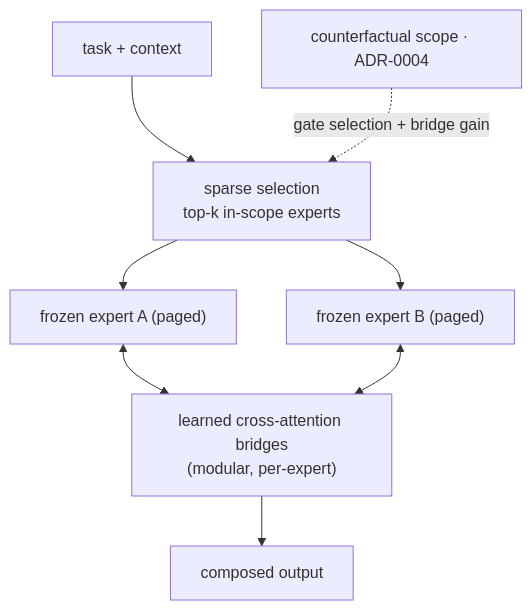
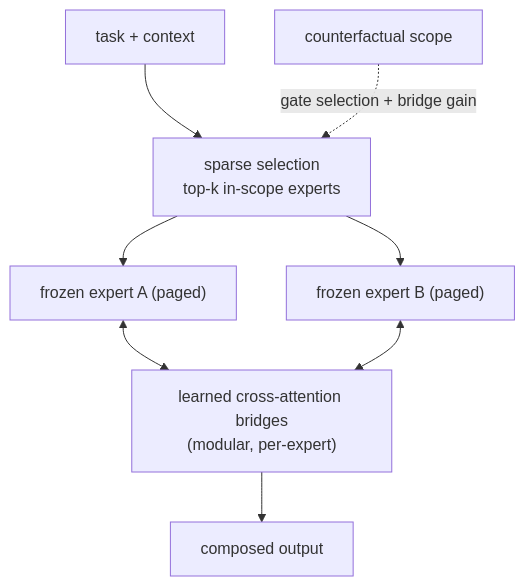
Before and after one commit to albedosehen/antumbra: diagram 15 of 15 in docs/diagrams.md, drawn with Mermaid. The commit also changed other lines of this file and 93 other files, not shown here.

````diff
--- a/docs/diagrams.md
+++ b/docs/diagrams.md
@@ -321,10 +320,10 @@
 ```mermaid
 flowchart TB
     task["task + context"] --> SEL["sparse selection<br/>top-k in-scope experts"]
-    BND["counterfactual scope · ADR-0004"] -. "gate selection + bridge gain" .-> SEL
+    BND["counterfactual scope"] -. "gate selection + bridge gain" .-> SEL
     SEL --> E1["frozen expert A (paged)"]
     SEL --> E2["frozen expert B (paged)"]
     E1 <--> BR["learned cross-attention bridges<br/>(modular, per-expert)"]
     E2 <--> BR
     BR --> OUT["composed output"]
 ```
````
